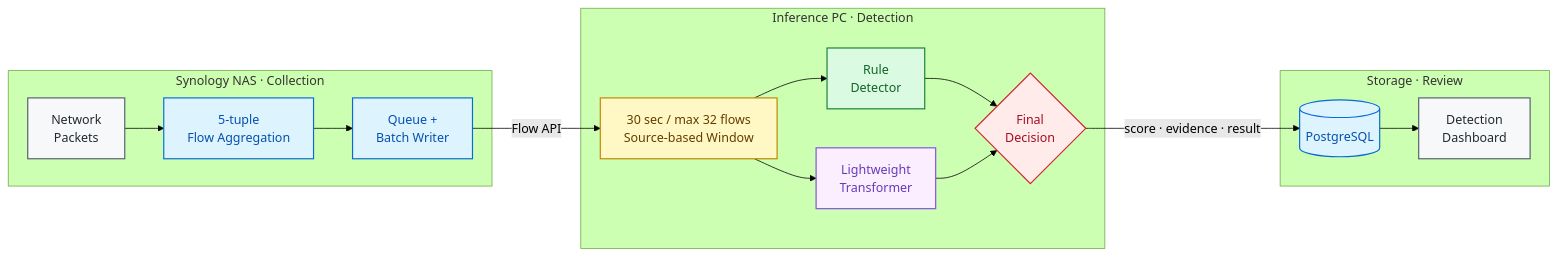
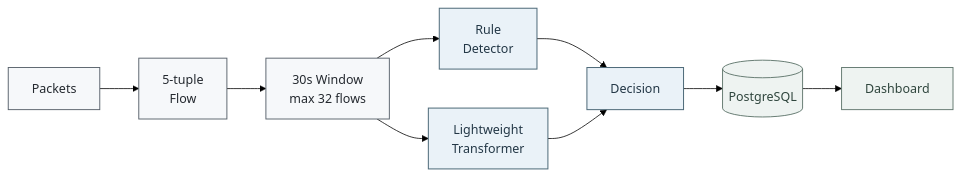
One commit to prosild/prosild changed the second of 2 diagrams in README.md. Above: the diagram before and after it, drawn with Mermaid (forest theme). The commit also changed other lines of this file, not shown here.

````diff
--- a/README.md
+++ b/README.md
@@ -118,40 +104,22 @@
 ```mermaid
 flowchart LR
+    A["Packets"] --> B["5-tuple<br/>Flow"]
+    B --> C["30s Window<br/>max 32 flows"]
 
-    subgraph EDGE["Synology NAS · Collection"]
-        A["Network<br/>Packets"]:::source
-        B["5-tuple<br/>Flow Aggregation"]:::process
-        C["Queue +<br/>Batch Writer"]:::process
-        A --> B --> C
-    end
+    C --> D["Rule<br/>Detector"]
+    C --> E["Lightweight<br/>Transformer"]
 
-    subgraph ML["Inference PC · Detection"]
-        D["30 sec / max 32 flows<br/>Source-based Window"]:::window
-        E1["Rule<br/>Detector"]:::rule
-        E2["Lightweight<br/>Transformer"]:::model
-        F{"Final<br/>Decision"}:::decision
+    D --> F["Decision"]
+    E --> F
 
-        D --> E1
-        D --> E2
-        E1 --> F
-        E2 --> F
-    end
+    F --> G[("PostgreSQL")]
+    G --> H["Dashboard"]
 
-    subgraph APP["Storage · Review"]
-        G[("PostgreSQL")]:::db
-        H["Detection<br/>Dashboard"]:::ui
-        G --> H
-    end
+    classDef input fill:#F6F8FA,stroke:#57606A,color:#24292F,stroke-width:1.2px;
+    classDef detect fill:#EAF2F8,stroke:#4F6B7A,color:#233746,stroke-width:1.3px;
+    classDef output fill:#EEF3F1,stroke:#60766D,color:#2F453D,stroke-width:1.2px;
 
-    C -->|"Flow API"| D
-    F -->|"score · evidence · result"| G
-
-    classDef source fill:#f6f8fa,stroke:#57606a,color:#24292f,stroke-width:1.5px;
-    classDef process fill:#ddf4ff,stroke:#0969da,color:#0550ae,stroke-width:1.5px;
-    classDef window fill:#fff8c5,stroke:#bf8700,color:#633c01,stroke-width:1.5px;
-    classDef rule fill:#dafbe1,stroke:#1a7f37,color:#116329,stroke-width:1.5px;
-    classDef model fill:#fbefff,stroke:#8250df,color:#6639ba,stroke-width:1.5px;
-    classDef decision fill:#ffebe9,stroke:#cf222e,color:#a40e26,stroke-width:1.5px;
-    classDef db fill:#ddf4ff,stroke:#0969da,color:#0550ae,stroke-width:1.5px;
-    classDef ui fill:#f6f8fa,stroke:#57606a,color:#24292f,stroke-width:1.5px;
+    class A,B,C input;
+    class D,E,F detect;
+    class G,H output;
 ```
````
